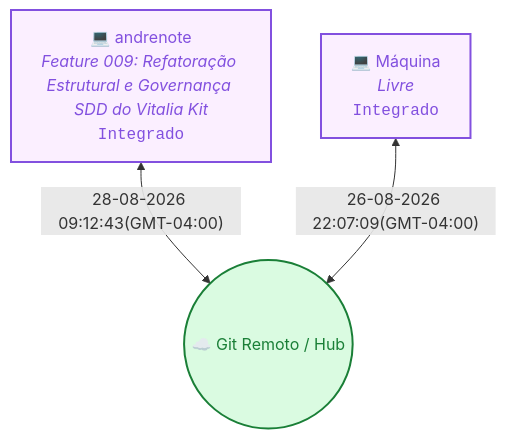
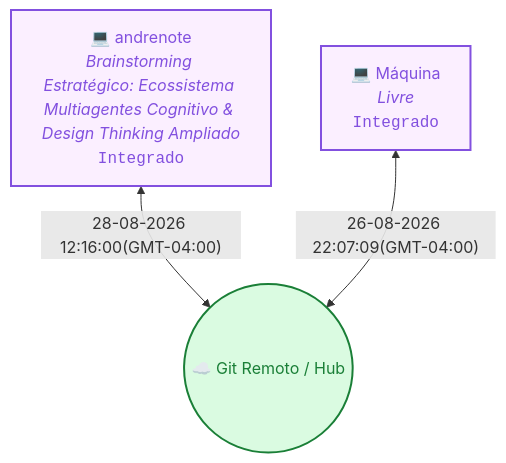
One commit to vitalia-platform/agente-local-context changed the diagram in README.md. Above: the diagram before and after it, drawn with Mermaid. The commit also changed other lines of this file and 8 other files, not shown here.

````diff
--- a/README.md
+++ b/README.md
@@ -20,11 +20,11 @@
 ```mermaid
 flowchart TD
   Cloud(("☁️ Git Remoto / Hub"))
-  M_7f367bd3["💻 andrenote<br/><i>Feature 009: Refatoração Estrutural e Governança SDD do Vitalia Kit</i><br/><code>Integrado</code>"]
-  M_7f367bd3 <-->|"28-08-2026 09:12:43(GMT-04:00)"| Cloud
+  M_7f367bd3["💻 andrenote<br/><i>Brainstorming Estratégico: Ecossistema Multiagentes Cognitivo & Design Thinking Ampliado</i><br/><code>Integrado</code>"]
+  M_7f367bd3 <-->|"28-08-2026 12:16:00(GMT-04:00)"| Cloud
   style M_7f367bd3 stroke:#8250df,stroke-width:2px,fill:#fbefff,color:#8250df
   M_f23704e7["💻 Máquina<br/><i>Livre</i><br/><code>Integrado</code>"]
   M_f23704e7 <-->|"26-08-2026 22:07:09(GMT-04:00)"| Cloud
   style M_f23704e7 stroke:#8250df,stroke-width:2px,fill:#fbefff,color:#8250df
   style Cloud stroke:#1a7f37,stroke-width:2px,fill:#dafbe1,color:#1a7f37
 ```
````
